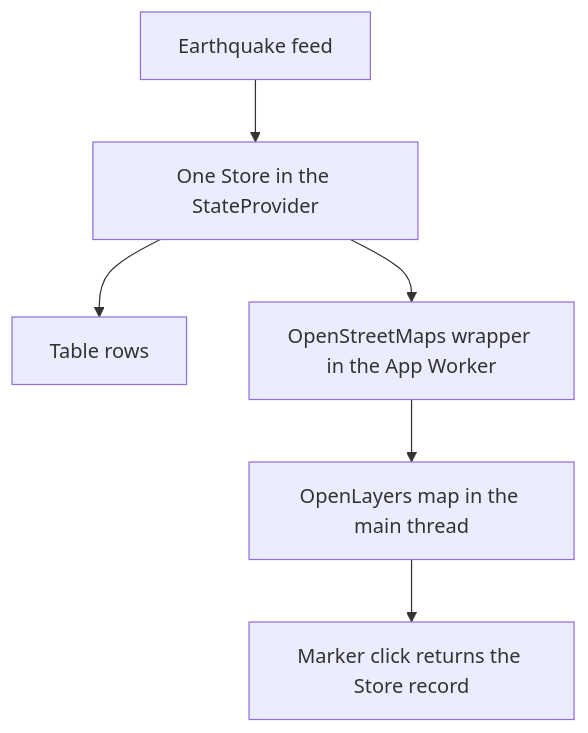
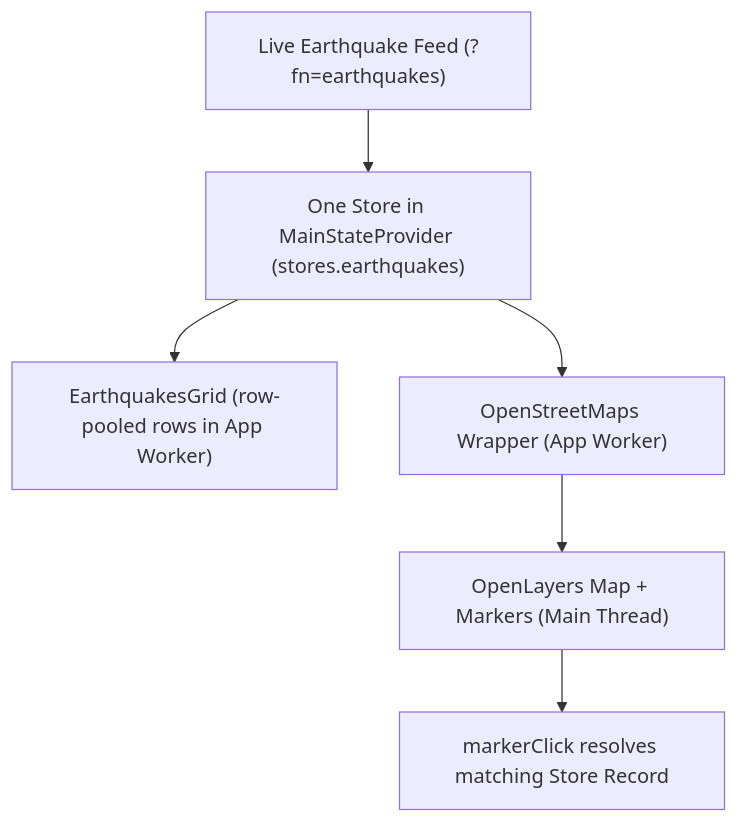
One commit to neomjs/neo changed the second of 2 diagrams in learn/tutorials/Earthquakes.md. Above: the diagram before and after it, drawn with Mermaid. The commit also changed other lines of this file and 1 other file, not shown here.

Commit message:
docs(learn): restore Earthquakes tutorial as a runnable 14.1 reader journey (#22230)

````diff
--- a/learn/tutorials/Earthquakes.md
+++ b/learn/tutorials/Earthquakes.md
@@ -1150,8 +1086,8 @@
 ```mermaid
 flowchart TD
-    Feed[Earthquake feed] --> Store[One Store in the StateProvider]
-    Store --> Table[Table rows]
-    Store --> Wrapper[OpenStreetMaps wrapper in the App Worker]
-    Wrapper --> Addon[OpenLayers map in the main thread]
-    Addon --> Click[Marker click returns the Store record]
+    Feed["Live Earthquake Feed (?fn=earthquakes)"] --> Store["One Store in MainStateProvider (stores.earthquakes)"]
+    Store --> Grid["EarthquakesGrid (row-pooled rows in App Worker)"]
+    Store --> Wrapper["OpenStreetMaps Wrapper (App Worker)"]
+    Wrapper --> Addon["OpenLayers Map + Markers (Main Thread)"]
+    Addon --> Click["markerClick resolves matching Store Record"]
 ```
````
